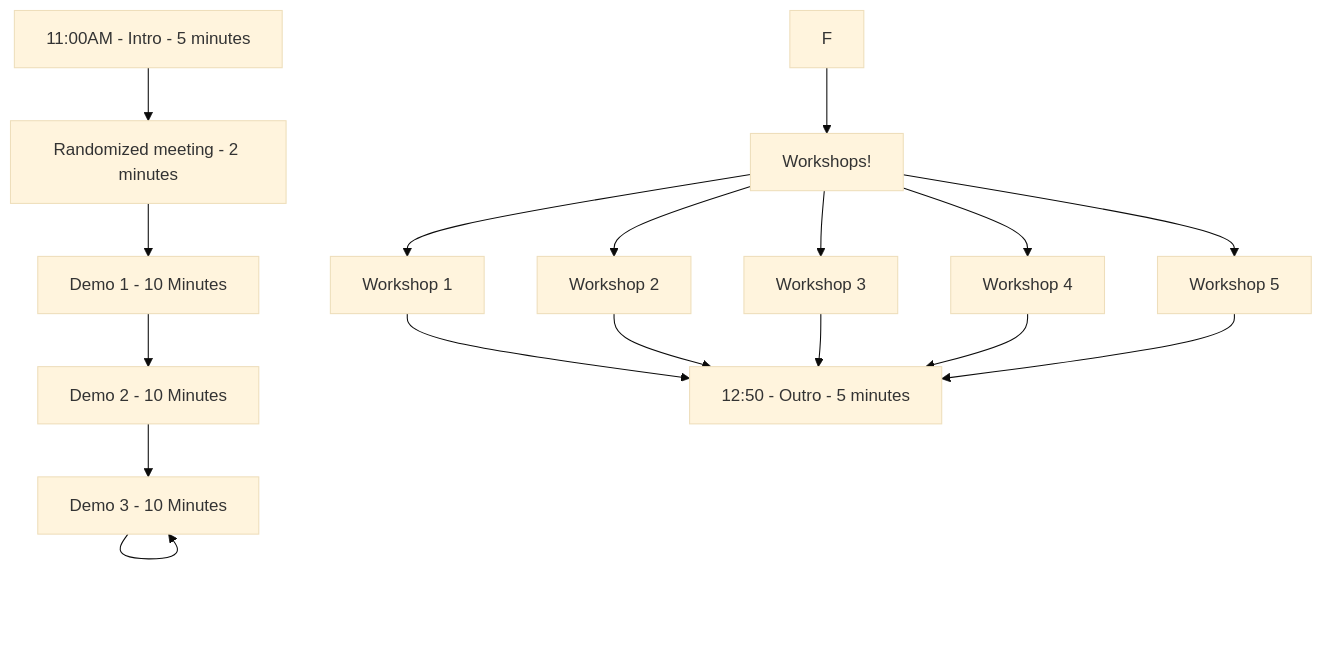
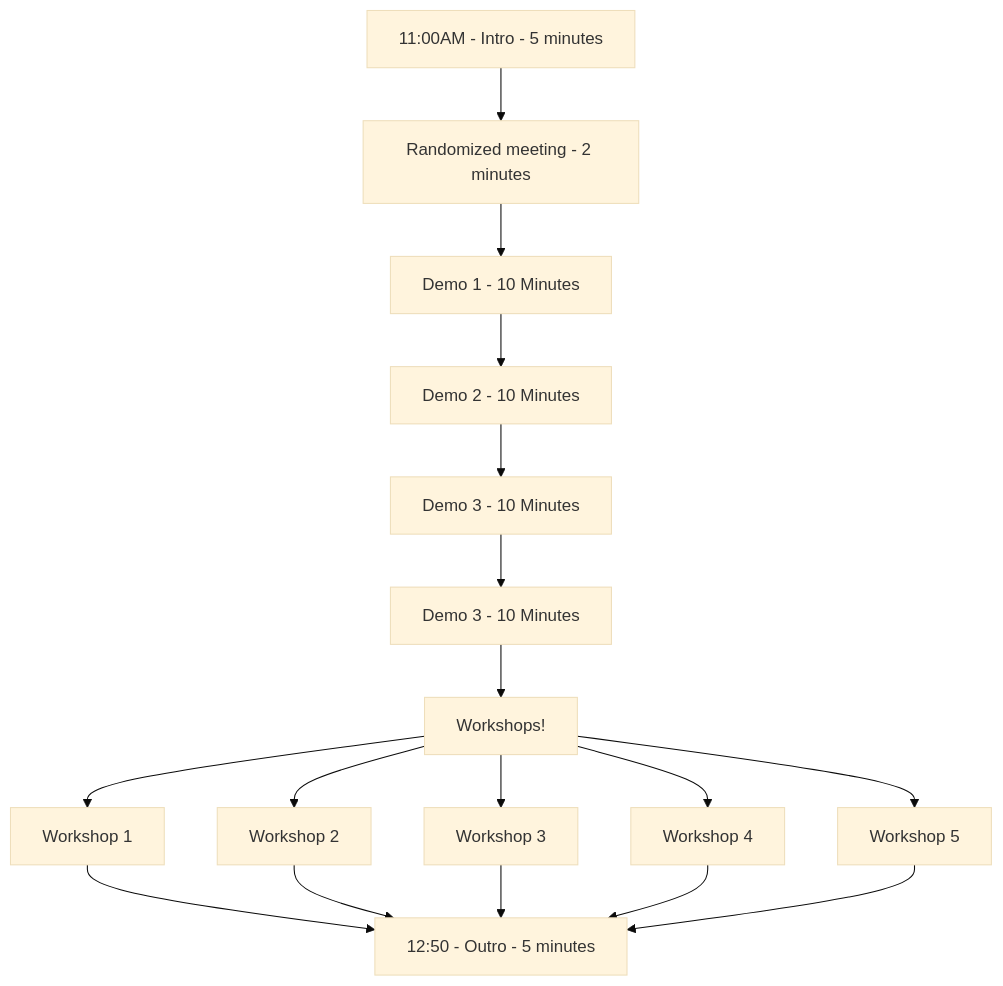
The diagram in Structure.md (Brale-xyz/dayzero), drawn with Mermaid (base theme) before and after one commit.

````diff
--- a/Structure.md
+++ b/Structure.md
@@ -1,17 +1,17 @@
 ```mermaid
 graph TD
     A[11:00AM - Intro - 5 minutes] --> B[Randomized meeting - 2 minutes]
     B --> C[Demo 1 - 10 Minutes]
     C --> D[Demo 2 - 10 Minutes]
     D --> E[Demo 3 - 10 Minutes]
-    E --> E[Demo 3 - 10 Minutes]
+    E --> F[Demo 3 - 10 Minutes]
     F --> G[Workshops!]
     
     G --> H[Workshop 1]
     G --> I[Workshop 2]
     G --> J[Workshop 3]
     G --> K[Workshop 4]
     G --> L[Workshop 5]
     
     H & I & J & K & L --> N[12:50 - Outro - 5 minutes]
 ```
````
